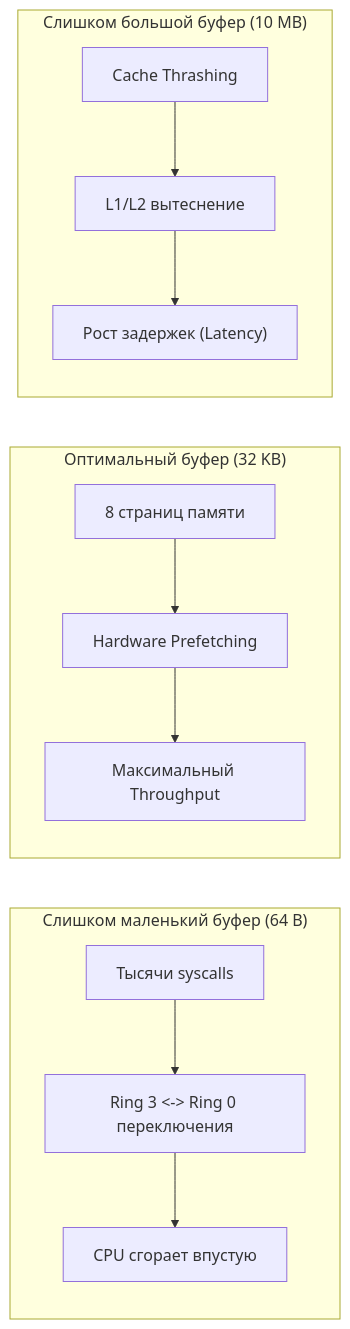
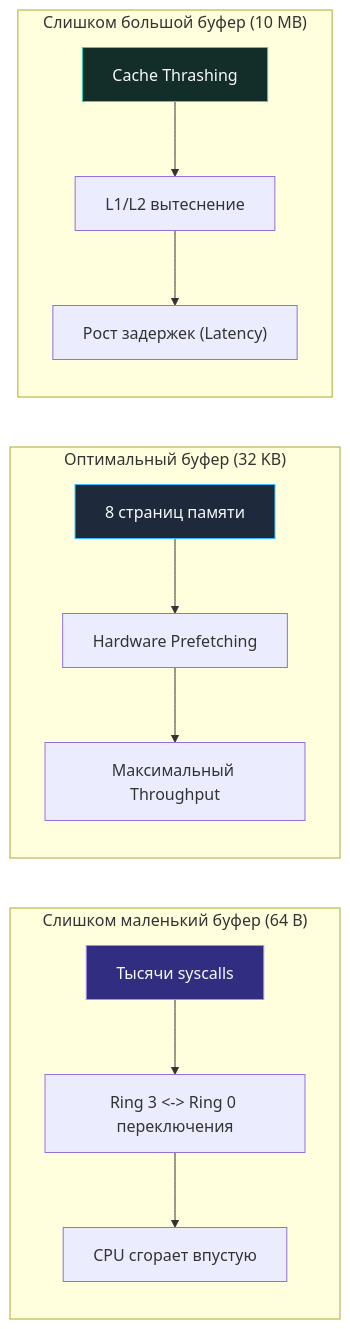
The second of 3 diagrams in sources/6. Стандартная библиотека Go/4. io. Reader, Writer и философия потоков в Go.md (UnrealTemplier/go-textbook), drawn with Mermaid before and after one commit. The commit also changed other lines of this file and 1666 other files, not shown here.

First line of the commit message:
feat(mermaid): add semantic color classDef to 1369 colorless flowchart/graph diagrams

````diff
--- a/sources/6. Стандартная библиотека Go/4. io. Reader, Writer и философия потоков в Go.md
+++ b/sources/6. Стандартная библиотека Go/4. io. Reader, Writer и философия потоков в Go.md
@@ -87,12 +97,22 @@
 ```mermaid
 flowchart LR
+    classDef process  fill:#1e293b,stroke:#38bdf8,stroke-width:1px,color:#f8fafc
+    classDef success  fill:#064e3b,stroke:#34d399,stroke-width:1px,color:#f8fafc
+    classDef error    fill:#7f1d1d,stroke:#f87171,stroke-width:1px,color:#f8fafc
+    classDef warning  fill:#78350f,stroke:#fbbf24,stroke-width:1px,color:#f8fafc
+    classDef entry    fill:#1e3a5f,stroke:#38bdf8,stroke-width:2px,color:#f8fafc
+    classDef aux      fill:#334155,stroke:#64748b,stroke-width:1px,color:#f8fafc
+    classDef system   fill:#312e81,stroke:#a78bfa,stroke-width:1px,color:#f8fafc
+    classDef data     fill:#132d29,stroke:#2dd4bf,stroke-width:1px,color:#f8fafc
+    classDef network  fill:#881337,stroke:#fb7185,stroke-width:1px,color:#f8fafc
+    classDef accent   fill:#1e1b4b,stroke:#818cf8,stroke-width:1px,color:#f8fafc
     subgraph SmallBuf["Слишком маленький буфер (64 B)"]
-        S1["Тысячи syscalls"] --> S2["Ring 3 <-> Ring 0 переключения"] --> S3["CPU сгорает впустую"]
+        S1["Тысячи syscalls"]:::system --> S2["Ring 3 <-> Ring 0 переключения"] --> S3["CPU сгорает впустую"]
     end
     subgraph OptimalBuf["Оптимальный буфер (32 KB)"]
-        O1["8 страниц памяти"] --> O2["Hardware Prefetching"] --> O3["Максимальный Throughput"]
+        O1["8 страниц памяти"]:::process --> O2["Hardware Prefetching"] --> O3["Максимальный Throughput"]
     end
     subgraph HugeBuf["Слишком большой буфер (10 MB)"]
-        H1["Cache Thrashing"] --> H2["L1/L2 вытеснение"] --> H3["Рост задержек (Latency)"]
+        H1["Cache Thrashing"]:::data --> H2["L1/L2 вытеснение"] --> H3["Рост задержек (Latency)"]
     end
 ```
````
